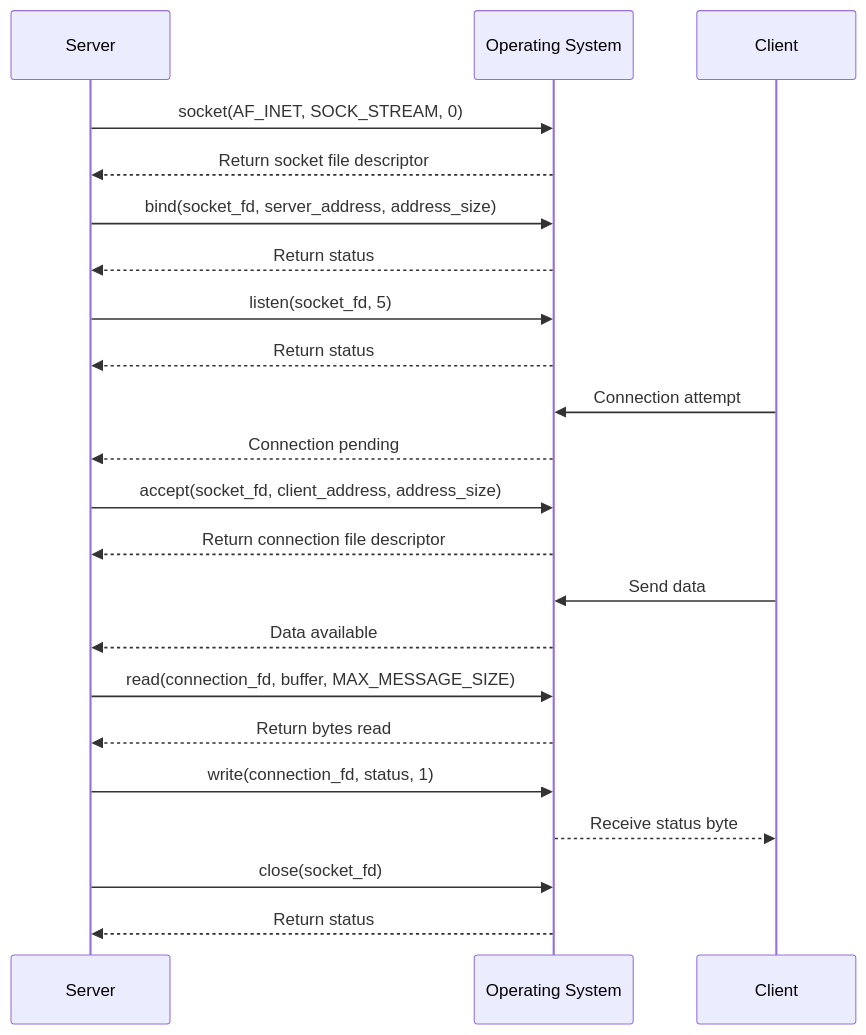
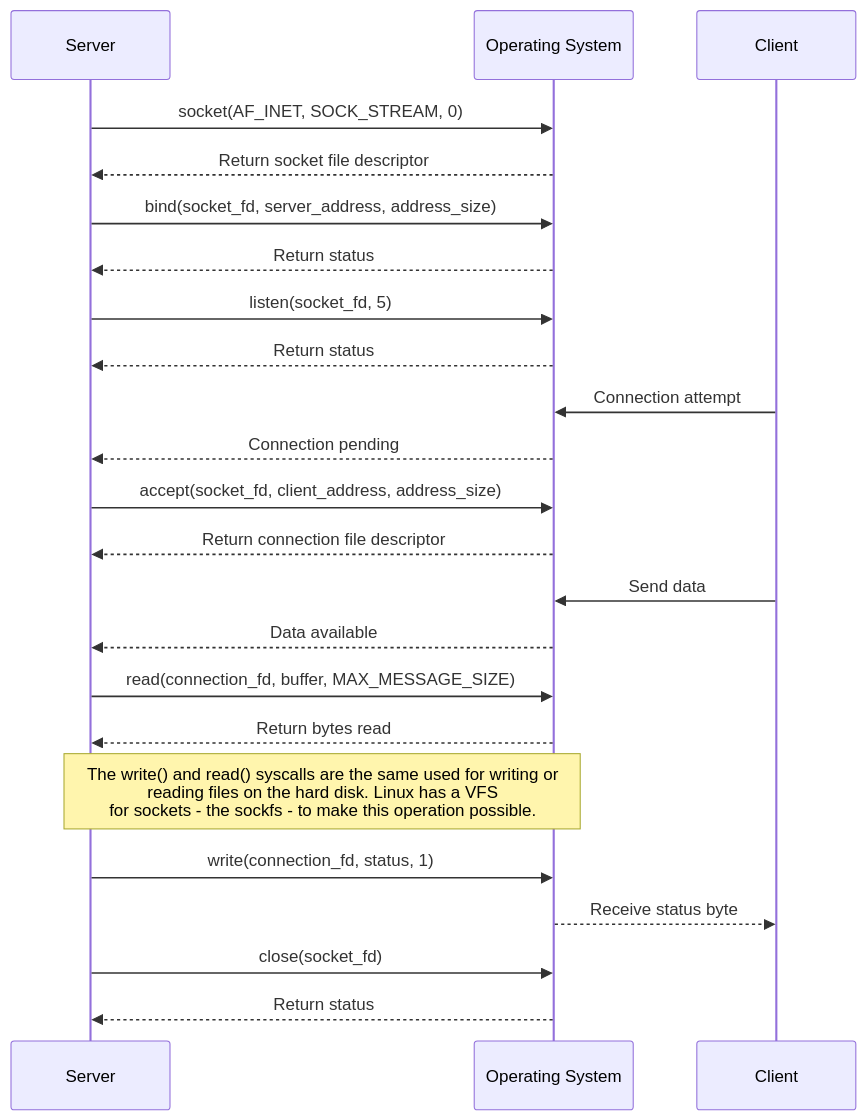
The diagram in README.md (wrongbyte/ways-to-tcp), drawn with Mermaid before and after one commit. The commit also changed 3 other files, not shown here.

````diff
--- a/README.md
+++ b/README.md
@@ -4,29 +4,30 @@
 ```mermaid
 sequenceDiagram
     participant Server
     participant OS as Operating System
     participant Client
     
     Server->>OS: socket(AF_INET, SOCK_STREAM, 0)
     OS-->>Server: Return socket file descriptor
     Server->>OS: bind(socket_fd, server_address, address_size)
     OS-->>Server: Return status
     Server->>OS: listen(socket_fd, 5)
     OS-->>Server: Return status
     
     Client->>OS: Connection attempt
     OS-->>Server: Connection pending
     Server->>OS: accept(socket_fd, client_address, address_size)
     OS-->>Server: Return connection file descriptor
     
     Client->>OS: Send data
     OS-->>Server: Data available
     Server->>OS: read(connection_fd, buffer, MAX_MESSAGE_SIZE)
     OS-->>Server: Return bytes read
     
+    note over Server,OS: The write() and read() syscalls are the same used for writing or <br> reading files on the hard disk. Linux has a VFS <br> for sockets - the sockfs - to make this operation possible.
     Server->>OS: write(connection_fd, status, 1)
     OS-->>Client: Receive status byte
     
     Server->>OS: close(socket_fd)
     OS-->>Server: Return status
 ```
````
